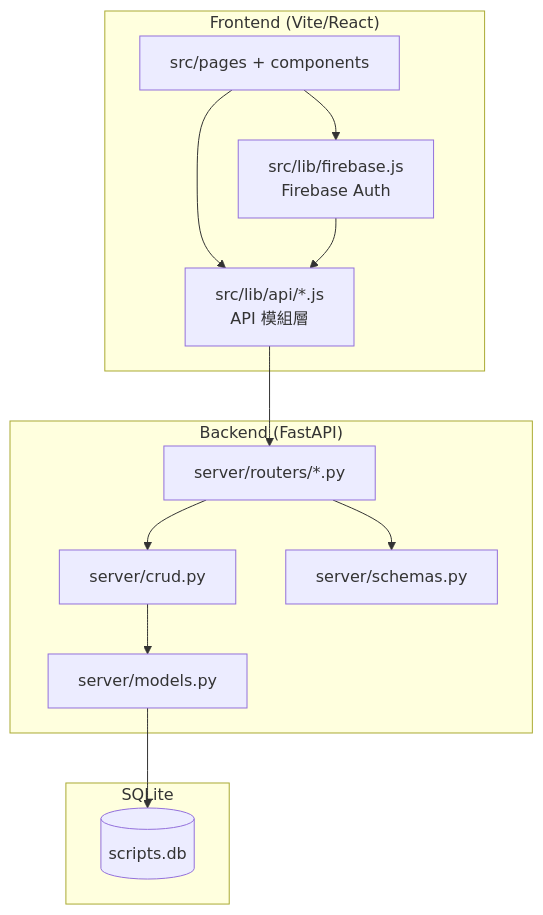
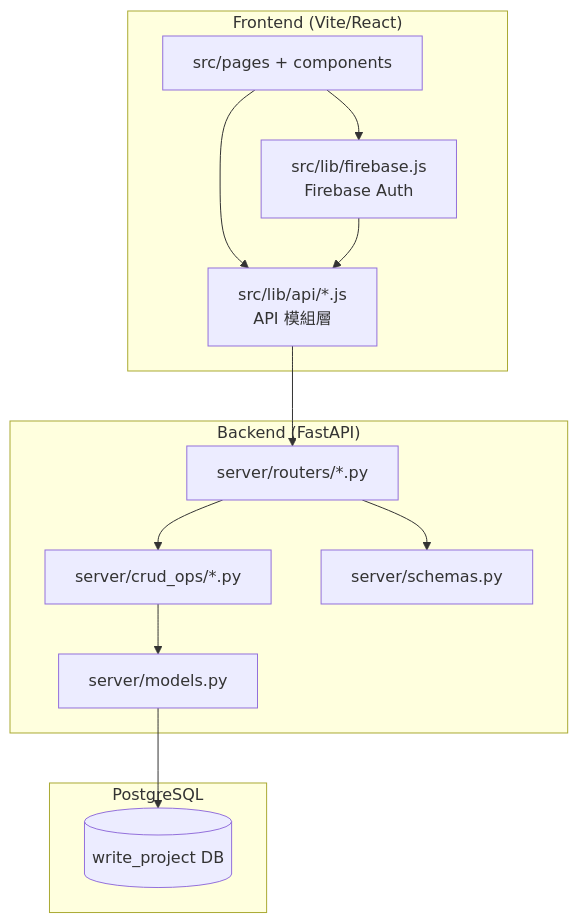
One commit to Shawn-csy/write_project changed the first of 4 diagrams in docs/product/architecture.md. Above: the diagram before and after it, drawn with Mermaid. The commit also changed other lines of this file and 5 other files, not shown here.

Commit message:
Document PostgreSQL-first architecture and update CRUD path references

````diff
--- a/docs/product/architecture.md
+++ b/docs/product/architecture.md
@@ -7,28 +7,28 @@
 ```mermaid
 flowchart TB
   subgraph Client["Frontend (Vite/React)"]
     UI[src/pages + components]
     API[src/lib/api/*.js\nAPI 模組層]
     AUTH[src/lib/firebase.js\nFirebase Auth]
     UI --> API
     UI --> AUTH
   end
 
   subgraph Server["Backend (FastAPI)"]
     ROUTER[server/routers/*.py]
-    CRUD[server/crud.py]
+    CRUD[server/crud_ops/*.py]
     MODELS[server/models.py]
     SCHEMA[server/schemas.py]
     ROUTER --> CRUD
     ROUTER --> SCHEMA
     CRUD --> MODELS
   end
 
-  subgraph DB["SQLite"]
-    SQLITE[(scripts.db)]
+  subgraph DB["PostgreSQL"]
+    SQLITE[(write_project DB)]
   end
 
   API --> ROUTER
   AUTH --> API
   MODELS --> SQLITE
 ```
````
